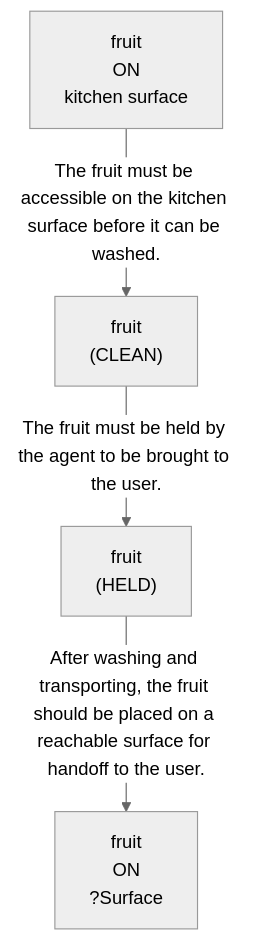
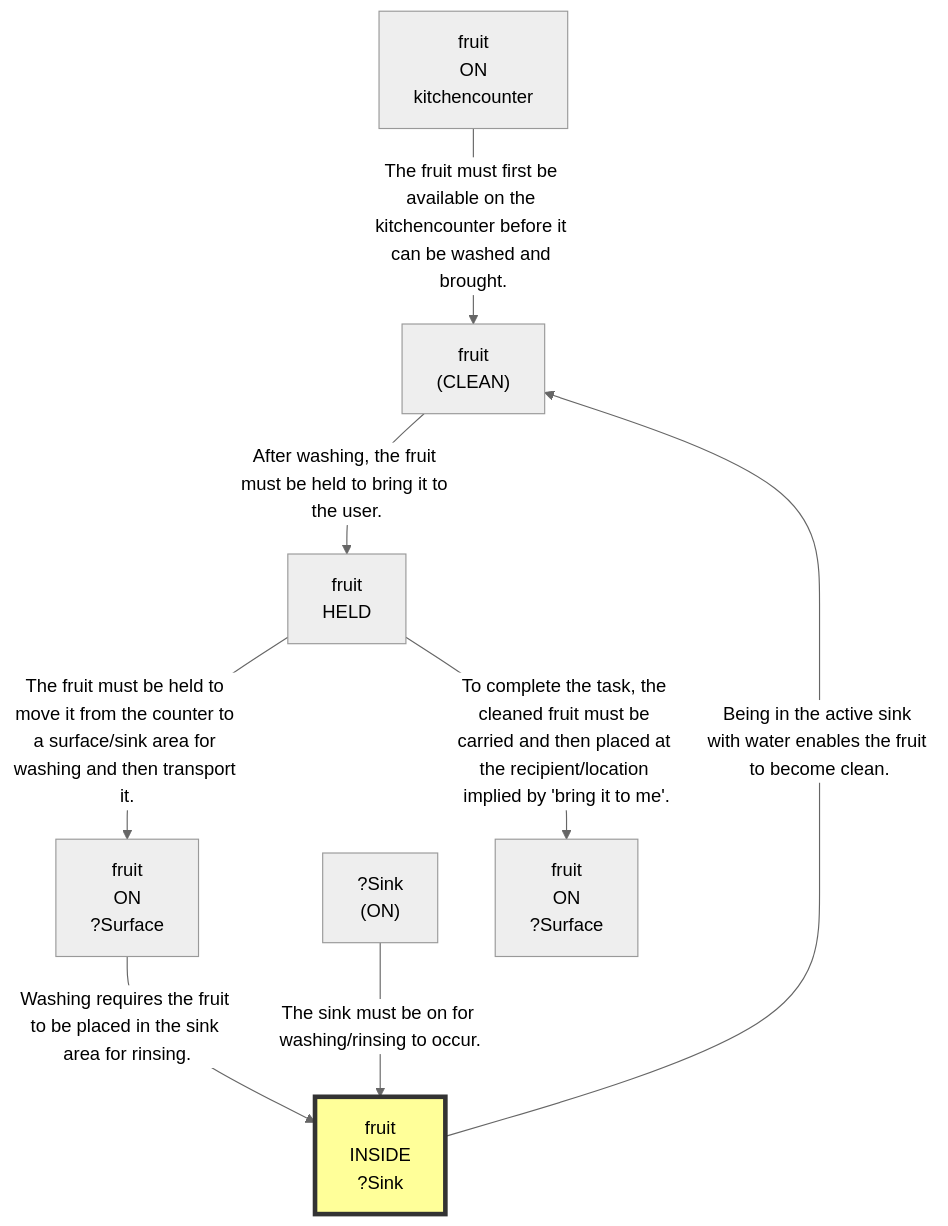
Before and after one commit to scuama/virtualhome: the third of 4 diagrams in evaluation/results/table1/robostate/instruction_type/vague/G1_02/run_T1_INST_G1_02_vague.md, drawn with Mermaid (neutral theme). The commit also changed other lines of this file and 133 other files, not shown here.

````diff
--- a/evaluation/results/table1/robostate/instruction_type/vague/G1_02/run_T1_INST_G1_02_vague.md
+++ b/evaluation/results/table1/robostate/instruction_type/vague/G1_02/run_T1_INST_G1_02_vague.md
@@ -106,10 +273,18 @@
 ```mermaid
 graph TD
-    N1["fruit<br>ON<br>kitchen surface"]
+    N1["fruit<br>ON<br>kitchencounter"]
     N2["fruit<br>(CLEAN)"]
-    N3["fruit<br>(HELD)"]
-    N4["fruit<br>ON<br>?Surface"]
-    N1 -->|"The fruit must be accessible on the kitchen surface before it can be washed."| N2
-    N2 -->|"The fruit must be held by the agent to be brought to the user."| N3
-    N3 -->|"After washing and transporting, the fruit should be placed on a reachable surface for handoff to the user."| N4
+    N3["fruit<br>ON<br>?Surface"]
+    N4["fruit<br>INSIDE<br>?Sink"]
+    style N4 fill:#ff9,stroke:#333,stroke-width:4px
+    N5["?Sink<br>(ON)"]
+    N6["fruit<br>HELD<br>"]
+    N7["fruit<br>ON<br>?Surface"]
+    N1 -->|"The fruit must first be available on the kitchencounter before it can be washed and brought."| N2
+    N6 -->|"The fruit must be held to move it from the counter to a surface/sink area for washing and then transport it."| N3
+    N3 -->|"Washing requires the fruit to be placed in the sink area for rinsing."| N4
+    N5 -->|"The sink must be on for washing/rinsing to occur."| N4
+    N4 -->|"Being in the active sink with water enables the fruit to become clean."| N2
+    N2 -->|"After washing, the fruit must be held to bring it to the user."| N6
+    N6 -->|"To complete the task, the cleaned fruit must be carried and then placed at the recipient/location implied by 'bring it to me'."| N7
 ```
````
